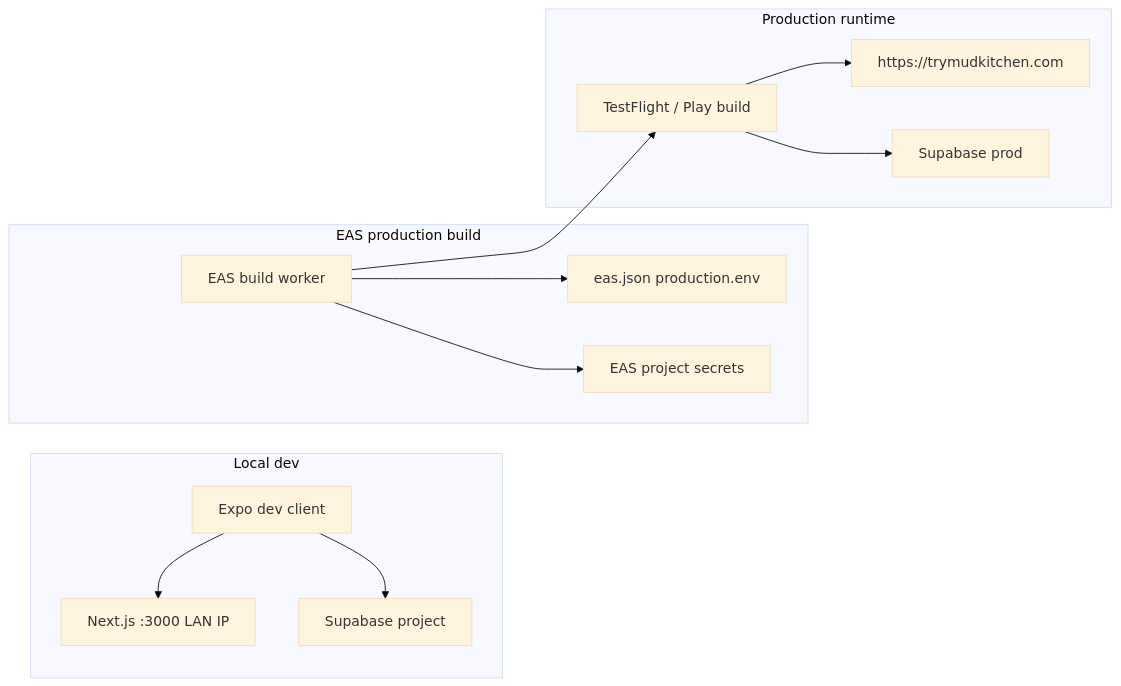
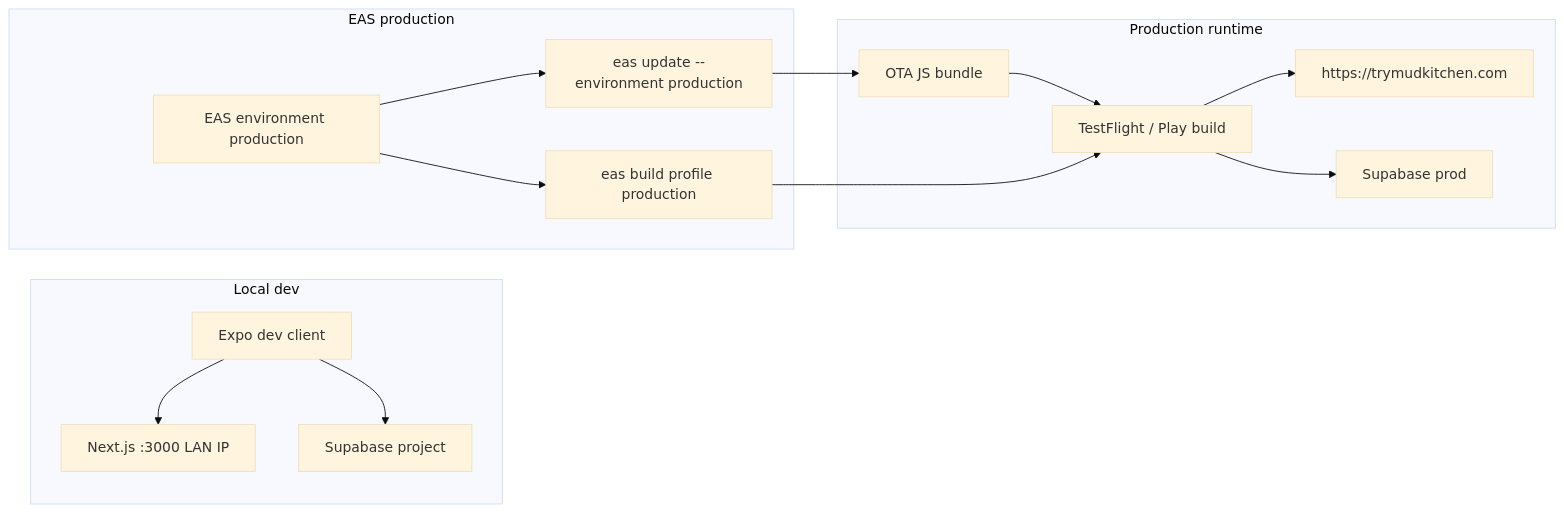
Before and after one commit to SageDevelopmentCode/schoolstack_landing: the diagram in apps/mobile/DEPLOY.md, drawn with Mermaid (base theme). The commit also changed other lines of this file and 15 other files, not shown here.

````diff
--- a/apps/mobile/DEPLOY.md
+++ b/apps/mobile/DEPLOY.md
@@ -9,28 +9,31 @@
 ```mermaid
 flowchart LR
   subgraph localDev [Local dev]
     MobileDev["Expo dev client"]
     NextDev["Next.js :3000 LAN IP"]
     SupabaseRemote["Supabase project"]
     MobileDev --> NextDev
     MobileDev --> SupabaseRemote
   end
 
-  subgraph easBuild [EAS production build]
-    EASWorker["EAS build worker"]
-    EnvProfile["eas.json production.env"]
-    EASSecrets["EAS project secrets"]
-    EASWorker --> EnvProfile
-    EASWorker --> EASSecrets
+  subgraph easCloud [EAS production]
+    ProdEnv["EAS environment production"]
+    EASBuild["eas build profile production"]
+    EASUpdate["eas update --environment production"]
+    ProdEnv --> EASBuild
+    ProdEnv --> EASUpdate
   end
 
   subgraph prodRuntime [Production runtime]
     StoreApp["TestFlight / Play build"]
+    OTABundle["OTA JS bundle"]
     ProdWeb["https://trymudkitchen.com"]
     SupabaseProd["Supabase prod"]
     StoreApp --> ProdWeb
     StoreApp --> SupabaseProd
+    OTABundle --> StoreApp
   end
 
-  EASWorker --> StoreApp
+  EASBuild --> StoreApp
+  EASUpdate --> OTABundle
 ```
````
